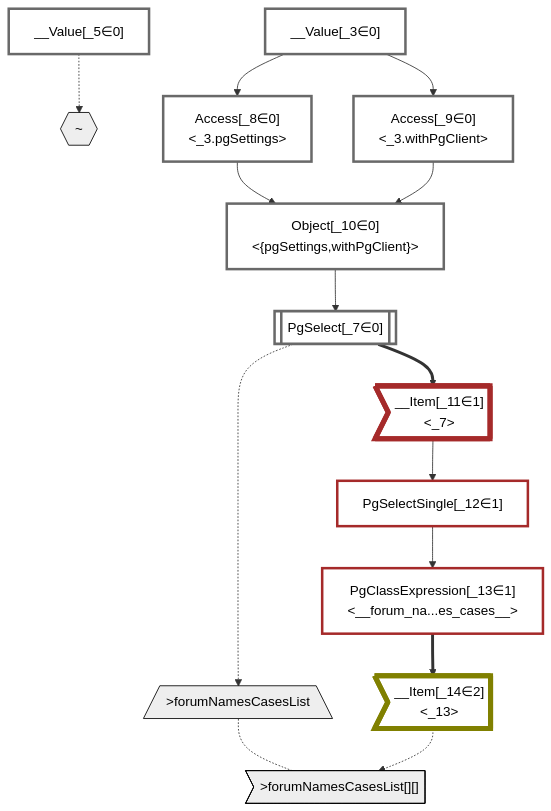
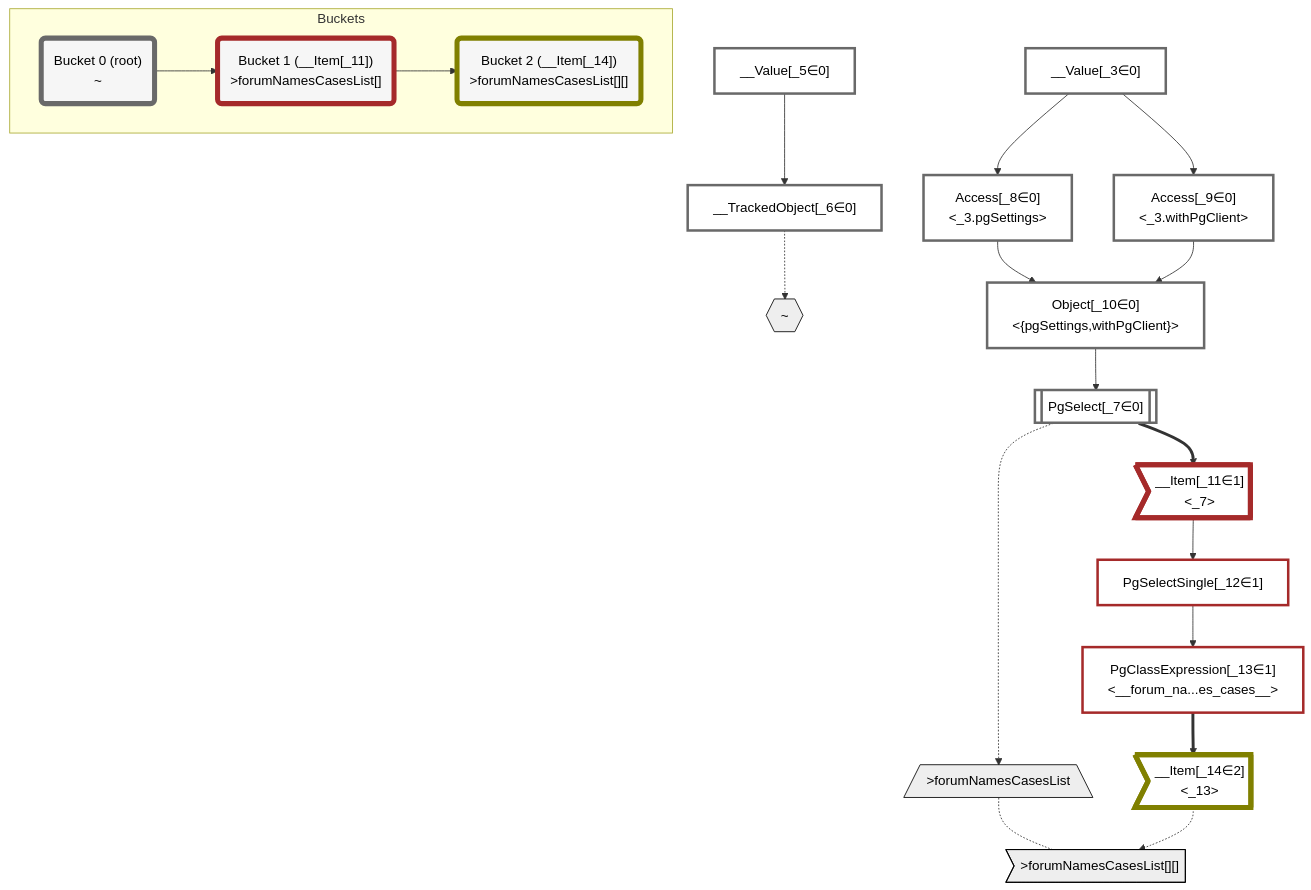
The diagram in packages/dataplan-pg/__tests__/queries/functions/custom-query-forum-names-cases.mermaid.md (graphile/crystal), drawn with Mermaid before and after one commit. The commit also changed 195 other files, not shown here.

````diff
--- a/packages/dataplan-pg/__tests__/queries/functions/custom-query-forum-names-cases.mermaid.md
+++ b/packages/dataplan-pg/__tests__/queries/functions/custom-query-forum-names-cases.mermaid.md
@@ -1,51 +1,65 @@
 ```mermaid
 graph TD
     classDef path fill:#eee,stroke:#000,color:#000
     classDef plan fill:#fff,stroke-width:3px,color:#000
     classDef itemplan fill:#fff,stroke-width:6px,color:#000
     classDef sideeffectplan fill:#f00,stroke-width:6px,color:#000
+    classDef bucket fill:#f6f6f6,color:#000,stroke-width:6px
 
     %% subgraph fields
     P1{{"~"}}:::path
     P2[/">forumNamesCasesList"\]:::path
     P3>">forumNamesCasesList[][]"]:::path
     P2 -.- P3
     %% P1 -.-> P2
     %% end
 
     %% define plans
     __Value_3["__Value[_3∈0]<br /><context>"]:::plan
     __Value_5["__Value[_5∈0]<br /><rootValue>"]:::plan
+    __TrackedObject_6["__TrackedObject[_6∈0]"]:::plan
     PgSelect_7[["PgSelect[_7∈0]<br /><forum_names_cases>"]]:::plan
     Access_8["Access[_8∈0]<br /><_3.pgSettings>"]:::plan
     Access_9["Access[_9∈0]<br /><_3.withPgClient>"]:::plan
     Object_10["Object[_10∈0]<br /><{pgSettings,withPgClient}>"]:::plan
     __Item_11>"__Item[_11∈1]<br /><_7>"]:::itemplan
     PgSelectSingle_12["PgSelectSingle[_12∈1]<br /><forum_names_cases>"]:::plan
     PgClassExpression_13["PgClassExpression[_13∈1]<br /><__forum_na...es_cases__>"]:::plan
     __Item_14>"__Item[_14∈2]<br /><_13>"]:::itemplan
 
     %% plan dependencies
+    __Value_5 --> __TrackedObject_6
     Object_10 --> PgSelect_7
     __Value_3 --> Access_8
     __Value_3 --> Access_9
     Access_8 --> Object_10
     Access_9 --> Object_10
     PgSelect_7 ==> __Item_11
     __Item_11 --> PgSelectSingle_12
     PgSelectSingle_12 --> PgClassExpression_13
     PgClassExpression_13 ==> __Item_14
 
     %% plan-to-path relationships
-    __Value_5 -.-> P1
+    __TrackedObject_6 -.-> P1
     PgSelect_7 -.-> P2
     __Item_14 -.-> P3
 
     %% allocate buckets
     classDef bucket0 stroke:#696969
-    class __Value_3,__Value_5,PgSelect_7,Access_8,Access_9,Object_10 bucket0
+    class __Value_3,__Value_5,__TrackedObject_6,PgSelect_7,Access_8,Access_9,Object_10 bucket0
     classDef bucket1 stroke:#a52a2a
     class __Item_11,PgSelectSingle_12,PgClassExpression_13 bucket1
     classDef bucket2 stroke:#808000
     class __Item_14 bucket2
+
+    subgraph Buckets
+    Bucket0("Bucket 0 (root)<br />~"):::bucket
+    style Bucket0 stroke:#696969
+    Bucket1("Bucket 1 (__Item[_11])<br />>forumNamesCasesList[]"):::bucket
+    style Bucket1 stroke:#a52a2a
+    Bucket0 --> Bucket1
+    Bucket2("Bucket 2 (__Item[_14])<br />>forumNamesCasesList[][]"):::bucket
+    style Bucket2 stroke:#808000
+    Bucket1 --> Bucket2
+    end
 ```
````
